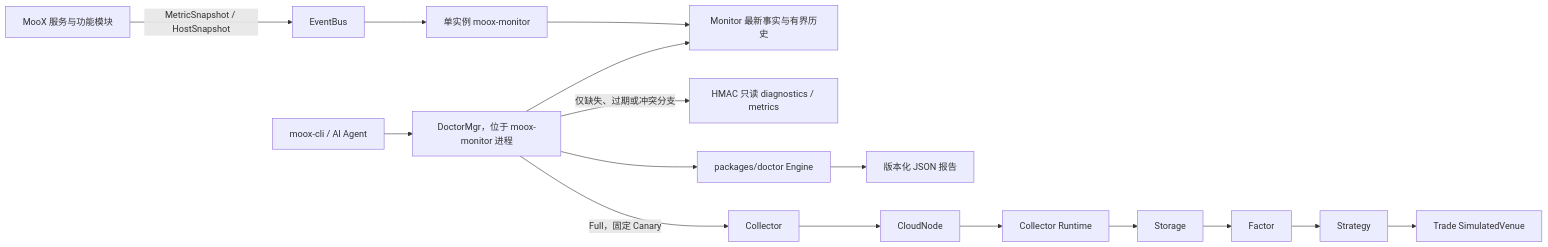
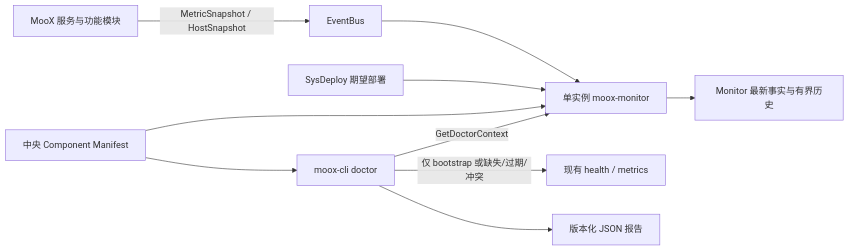
One commit to mooyang-code/moox changed the diagram in docs/superpowers/plans/2026-07-19-doctor-monitor-system.md. Above: the diagram before and after it, drawn with Mermaid. The commit also changed other lines of this file, not shown here.

First line of the commit message:
docs(doctor): simplify monitor v1 plan

````diff
--- a/docs/superpowers/plans/2026-07-19-doctor-monitor-system.md
+++ b/docs/superpowers/plans/2026-07-19-doctor-monitor-system.md
@@ -44,18 +63,12 @@
 ```mermaid
 flowchart LR
   S["MooX 服务与功能模块"] -->|"MetricSnapshot / HostSnapshot"| E["EventBus"]
   E --> M["单实例 moox-monitor"]
   M --> F["Monitor 最新事实与有界历史"]
-  C["moox-cli / AI Agent"] --> D["DoctorMgr，位于 moox-monitor 进程"]
-  D --> F
-  D -->|"仅缺失、过期或冲突分支"| H["HMAC 只读 diagnostics / metrics"]
-  D --> X["packages/doctor Engine"]
-  X --> R["版本化 JSON 报告"]
-  D -->|"Full，固定 Canary"| CO["Collector"]
-  CO --> CN["CloudNode"]
-  CN --> CR["Collector Runtime"]
-  CR --> ST["Storage"]
-  ST --> FA["Factor"]
-  FA --> SG["Strategy"]
-  SG --> TR["Trade SimulatedVenue"]
+  SD["SysDeploy 期望部署"] --> M
+  MF["中央 Component Manifest"] --> M
+  MF --> C["moox-cli doctor"]
+  C -->|"GetDoctorContext"| M
+  C -->|"仅 bootstrap 或缺失/过期/冲突"| H["现有 health / metrics"]
+  C --> R["版本化 JSON 报告"]
 ```
````
